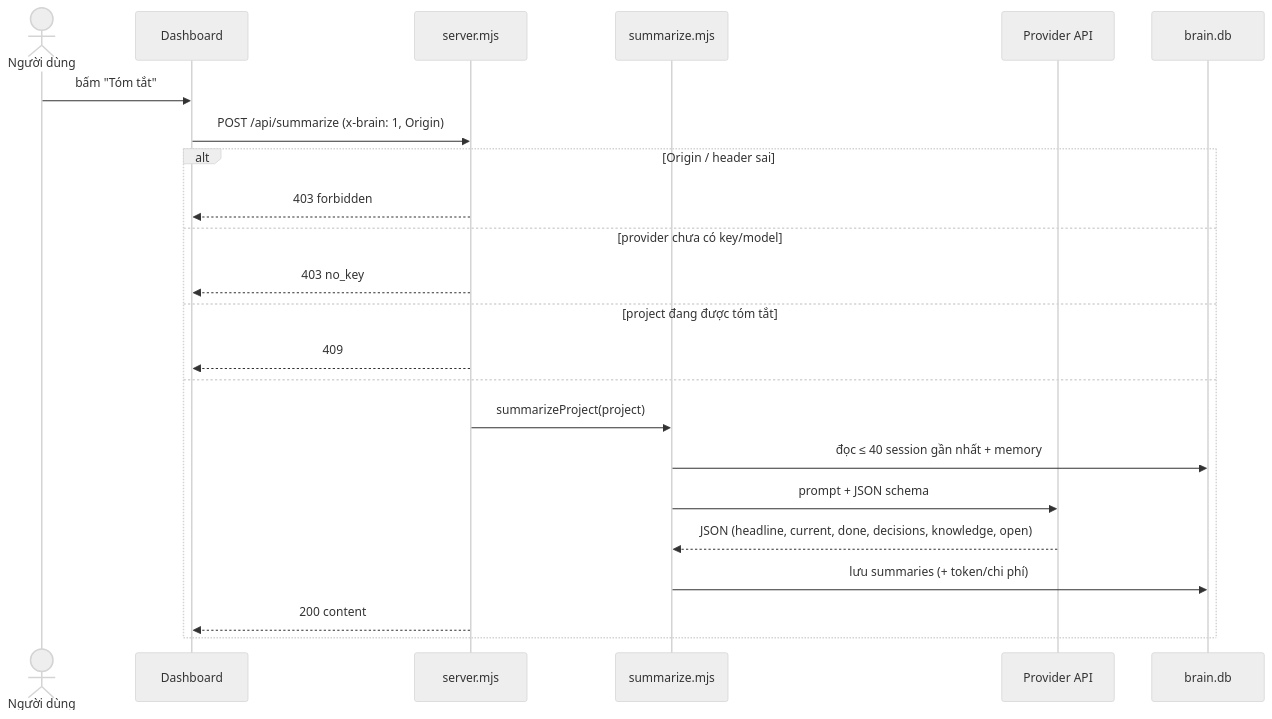
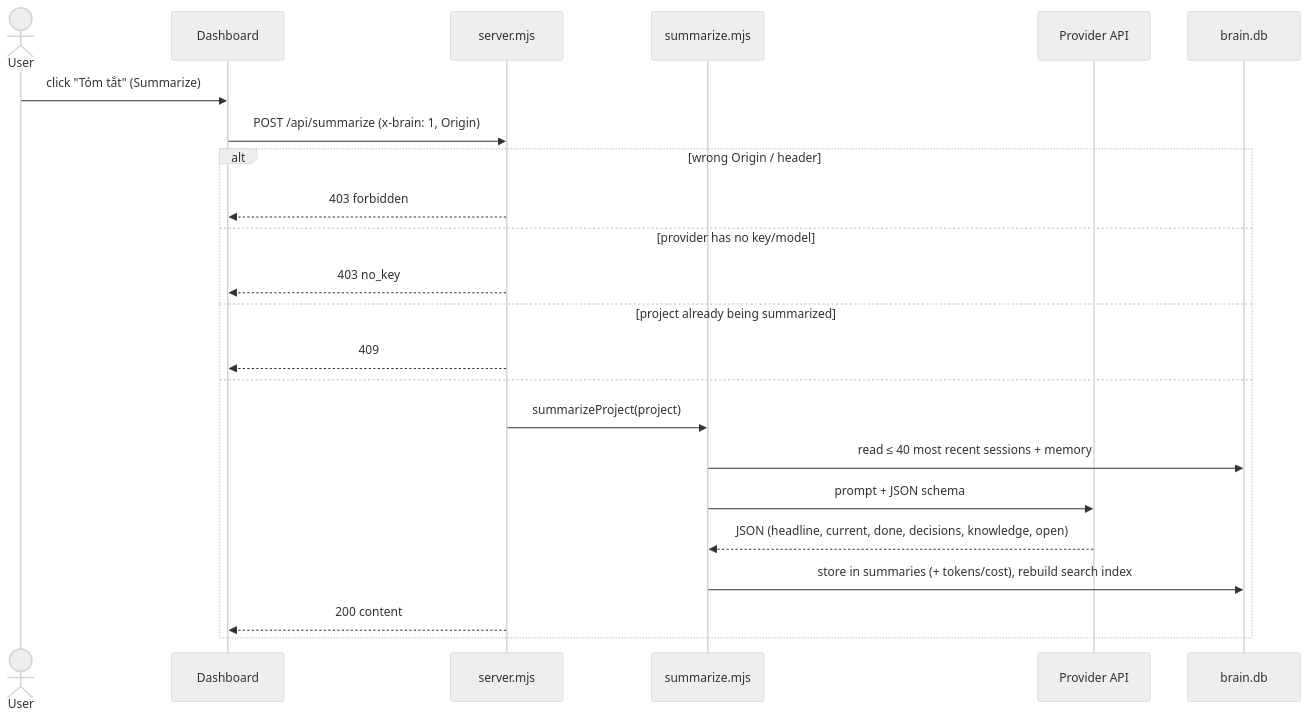
The fourth of 5 diagrams in docs/PLAN.md (hienct-fpt/personal-brain), drawn with Mermaid (neutral theme) before and after one commit. The commit also changed other lines of this file and 11 other files, not shown here.

````diff
--- a/docs/PLAN.md
+++ b/docs/PLAN.md
@@ -87,25 +90,25 @@
 ```mermaid
 sequenceDiagram
-  actor U as Người dùng
+  actor U as User
   participant UI as Dashboard
   participant S as server.mjs
   participant SM as summarize.mjs
   participant P as Provider API
   participant DB as brain.db
-  U->>UI: bấm "Tóm tắt"
+  U->>UI: click "Tóm tắt" (Summarize)
   UI->>S: POST /api/summarize (x-brain: 1, Origin)
-  alt Origin / header sai
+  alt wrong Origin / header
     S-->>UI: 403 forbidden
-  else provider chưa có key/model
+  else provider has no key/model
     S-->>UI: 403 no_key
-  else project đang được tóm tắt
+  else project already being summarized
     S-->>UI: 409
   else
     S->>SM: summarizeProject(project)
-    SM->>DB: đọc ≤ 40 session gần nhất + memory
+    SM->>DB: read ≤ 40 most recent sessions + memory
     SM->>P: prompt + JSON schema
     P-->>SM: JSON (headline, current, done, decisions, knowledge, open)
-    SM->>DB: lưu summaries (+ token/chi phí)
+    SM->>DB: store in summaries (+ tokens/cost), rebuild search index
     S-->>UI: 200 content
   end
 ```
````
